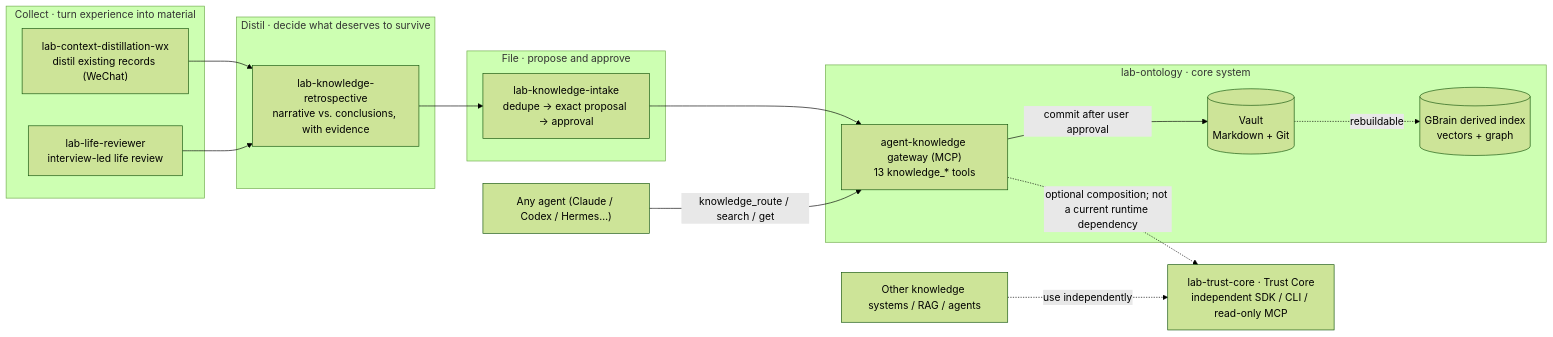
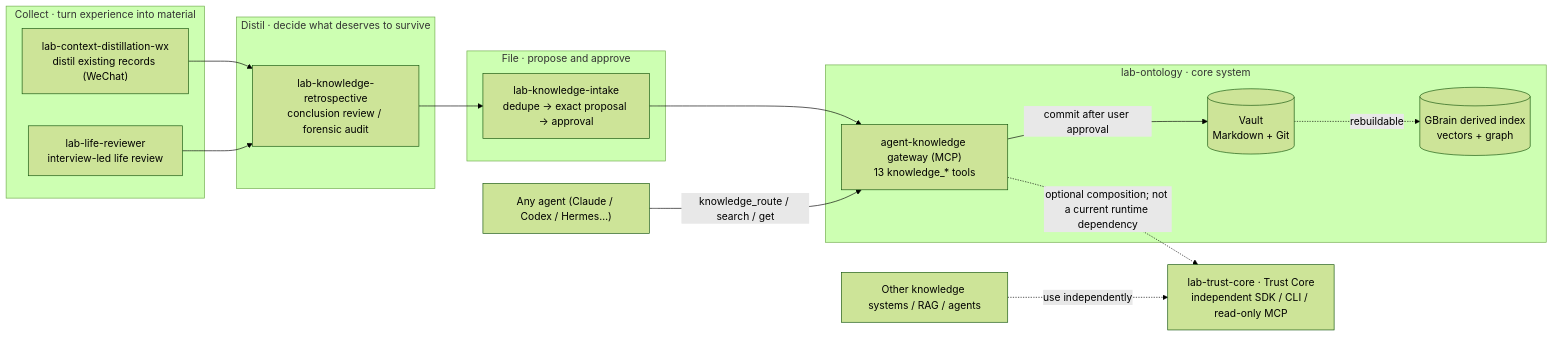
Before and after one commit to haorantang97/Personal-Ontology: the diagram in README.en.md, drawn with Mermaid (forest theme). The commit also changed other lines of this file and 9 other files, not shown here.

First line of the commit message:
feat: add forensic retrospective audit

````diff
--- a/README.en.md
+++ b/README.en.md
@@ -30,28 +30,28 @@
 ```mermaid
 flowchart LR
     subgraph Collect["Collect · turn experience into material"]
         CD["lab-context-distillation-wx<br/>distil existing records (WeChat)"]
         LR["lab-life-reviewer<br/>interview-led life review"]
     end
     subgraph Distil["Distil · decide what deserves to survive"]
-        KR["lab-knowledge-retrospective<br/>narrative vs. conclusions, with evidence"]
+        KR["lab-knowledge-retrospective<br/>conclusion review / forensic audit"]
     end
     subgraph File["File · propose and approve"]
         KI["lab-knowledge-intake<br/>dedupe → exact proposal → approval"]
     end
     subgraph System["lab-ontology · core system"]
         GW["agent-knowledge gateway (MCP)<br/>13 knowledge_* tools"]
         V[("Vault<br/>Markdown + Git")]
         IX[("GBrain derived index<br/>vectors + graph")]
     end
     CD --> KR
     LR --> KR
     KR --> KI
     KI --> GW
     GW -- "commit after user approval" --> V
     V -. "rebuildable" .-> IX
     AG["Any agent (Claude / Codex / Hermes…)"] -- "knowledge_route / search / get" --> GW
     TC["lab-trust-core · Trust Core<br/>independent SDK / CLI / read-only MCP"]
     GW -. "optional composition; not a current runtime dependency" .-> TC
     EXT["Other knowledge systems / RAG / agents"] -. "use independently" .-> TC
 ```
````
